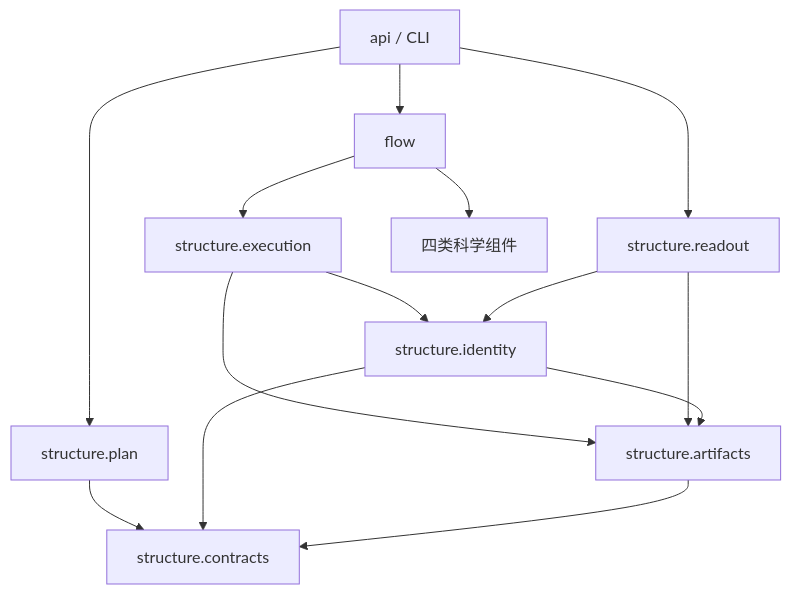
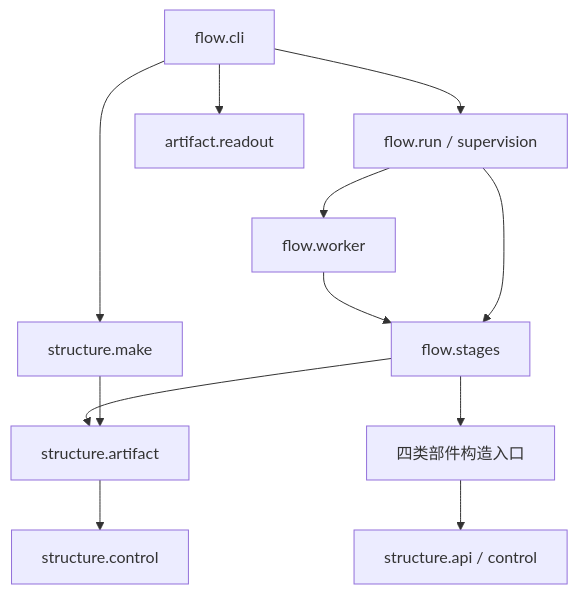
One commit to DreamSoul-AI/RPipe changed the diagram in docs/代码结构设计 Code Structure Design 研究流水线.md. Above: the diagram before and after it, drawn with Mermaid. The commit also changed other lines of this file and 4 other files, not shown here.

````diff
--- a/docs/代码结构设计 Code Structure Design 研究流水线.md
+++ b/docs/代码结构设计 Code Structure Design 研究流水线.md
@@ -176,16 +277,14 @@
 ```mermaid
 flowchart TB
-    A[api / CLI] --> P[structure.plan]
-    A --> F[flow]
-    A --> R[structure.readout]
-    F --> E[structure.execution]
-    F --> D[四类科学组件]
-    E --> I[structure.identity]
-    E --> T[structure.artifacts]
-    R --> I
-    R --> T
-    I --> T
-    P --> C[structure.contracts]
-    I --> C
-    T --> C
+    CLI[flow.cli] --> Make[structure.make]
+    CLI --> Run[flow.run / supervision]
+    CLI --> Read[artifact.readout]
+    Run --> Worker[flow.worker]
+    Worker --> Stages[flow.stages]
+    Run --> Stages
+    Stages --> Factories[四类部件构造入口]
+    Factories --> Ports[structure.api / control]
+    Stages --> Artifact[structure.artifact]
+    Make --> Artifact
+    Artifact --> Control[structure.control]
 ```
````
